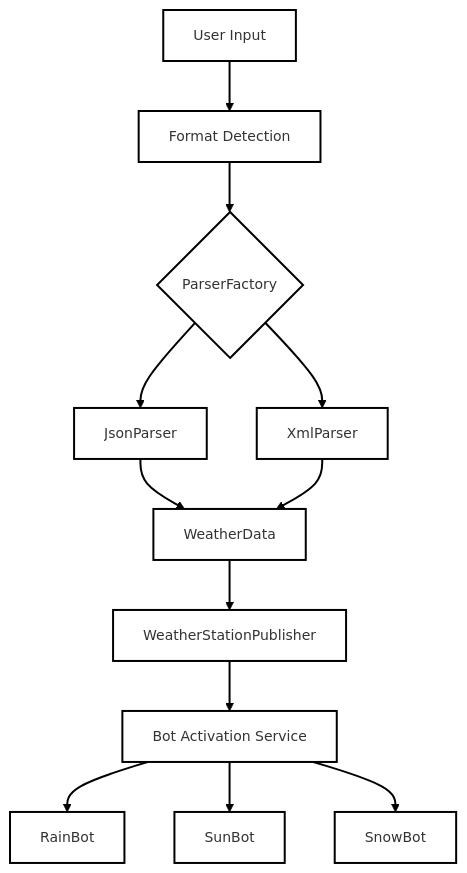
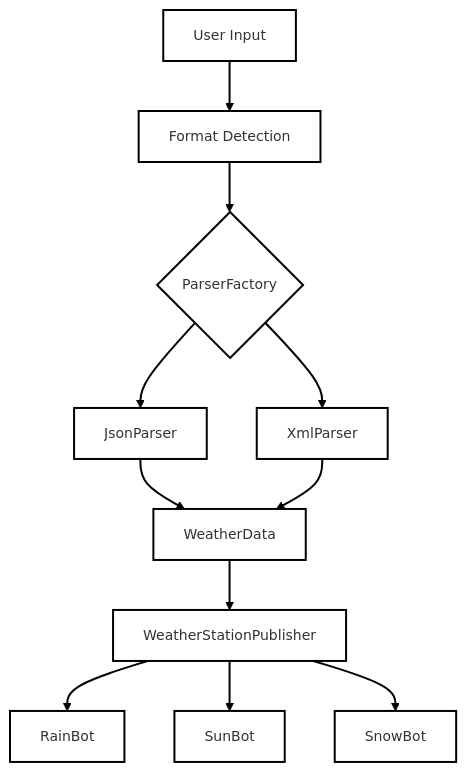
Before and after one commit to TamerJ/real-time-weather-monitoring-service: the diagram in README.md, drawn with Mermaid. The commit also changed other lines of this file, not shown here.

````diff
--- a/README.md
+++ b/README.md
@@ -54,20 +54,19 @@
 ```mermaid
 ---
 config:
   look: classic
   theme: neo
 ---
 flowchart TD
     A[User Input] --> B[Format Detection]
     B --> C{ParserFactory}
     C --> D[JsonParser]
     C --> E[XmlParser]
     D --> F[WeatherData]
     E --> F[WeatherData]
     F --> G[WeatherStationPublisher]
-    G --> H[Bot Activation Service]
-    H --> I[RainBot]
-    H --> J[SunBot]
-    H --> K[SnowBot]
+    G --> I[RainBot]
+    G --> J[SunBot]
+    G --> K[SnowBot]
 
 ```
````
